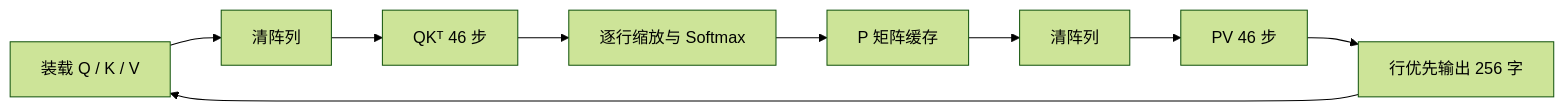
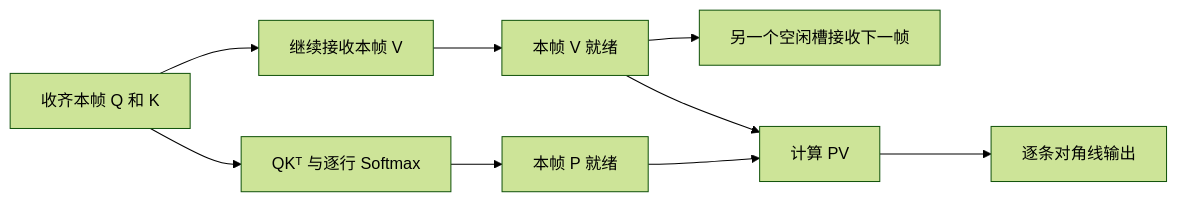
Before and after one commit to lllolaa330/Mini_Attention: the diagram in PROJECT.md, drawn with Mermaid (forest theme). The commit also changed other lines of this file and 380 other files, not shown here.

````diff
--- a/PROJECT.md
+++ b/PROJECT.md
@@ -67,11 +84,11 @@
 ```mermaid
 flowchart LR
-    LOAD[装载 Q / K / V] --> C1[清阵列]
-    C1 --> QK[QKᵀ 46 步]
-    QK --> SM[逐行缩放与 Softmax]
-    SM --> PM[P 矩阵缓存]
-    PM --> C2[清阵列]
-    C2 --> PV[PV 46 步]
-    PV --> OUT[行优先输出 256 字]
-    OUT --> LOAD
+    QK[收齐本帧 Q 和 K] --> S[QKᵀ 与逐行 Softmax]
+    QK --> V[继续接收本帧 V]
+    S --> P[本帧 P 就绪]
+    V --> Vok[本帧 V 就绪]
+    Vok --> Next[另一个空闲槽接收下一帧]
+    P --> PV[计算 PV]
+    Vok --> PV
+    PV --> Stream[逐条对角线输出]
 ```
````
